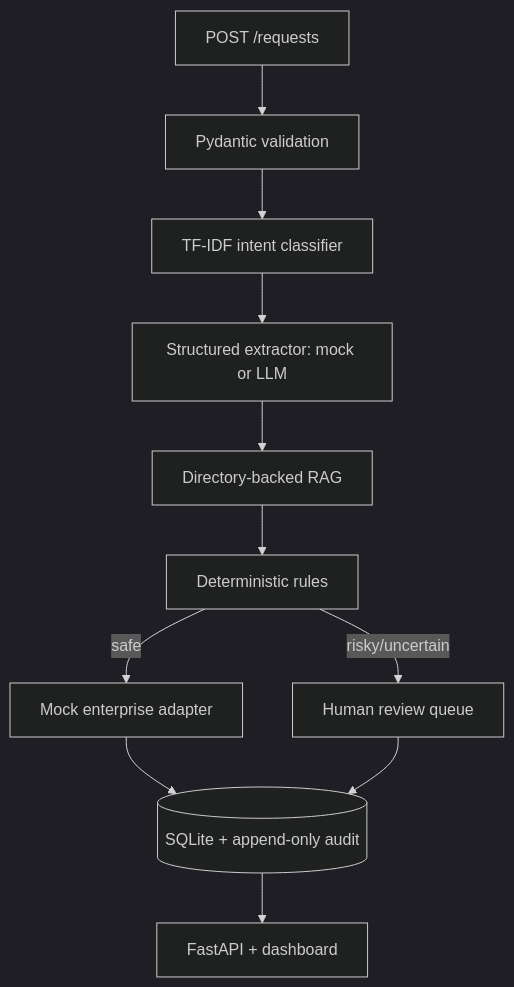
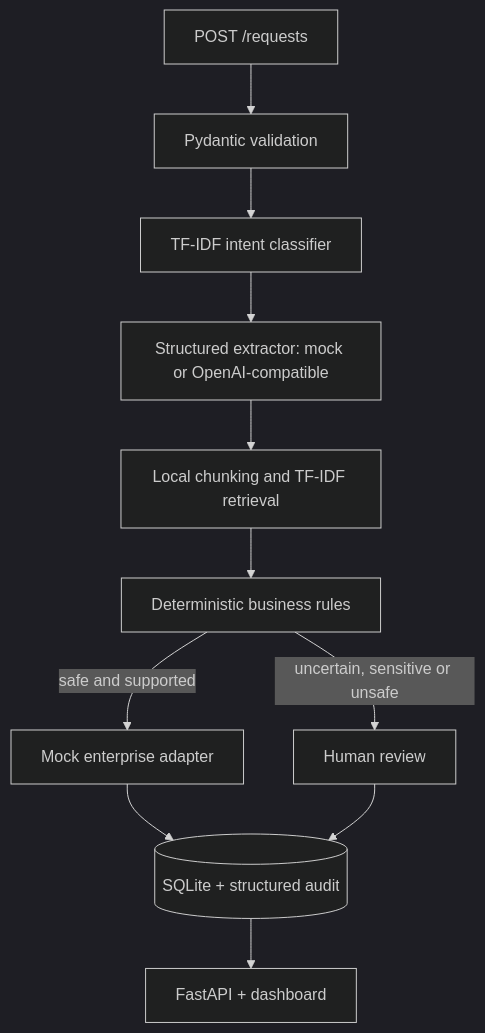
Before and after one commit to nourgub/NourStore: the diagram in README.md, drawn with Mermaid (dark theme). The commit also changed other lines of this file and 15 other files, not shown here.

````diff
--- a/README.md
+++ b/README.md
@@ -22,13 +28,13 @@
 ```mermaid
 flowchart TD
   A[POST /requests] --> B[Pydantic validation]
   B --> C[TF-IDF intent classifier]
-  C --> D[Structured extractor: mock or LLM]
-  D --> E[Directory-backed RAG]
-  E --> F[Deterministic rules]
-  F -->|safe| G[Mock enterprise adapter]
-  F -->|risky/uncertain| H[Human review queue]
-  G --> I[(SQLite + append-only audit)]
+  C --> D[Structured extractor: mock or OpenAI-compatible]
+  D --> E[Local chunking and TF-IDF retrieval]
+  E --> F[Deterministic business rules]
+  F -->|safe and supported| G[Mock enterprise adapter]
+  F -->|uncertain, sensitive or unsafe| H[Human review]
+  G --> I[(SQLite + structured audit)]
   H --> I
   I --> J[FastAPI + dashboard]
 ```
````
